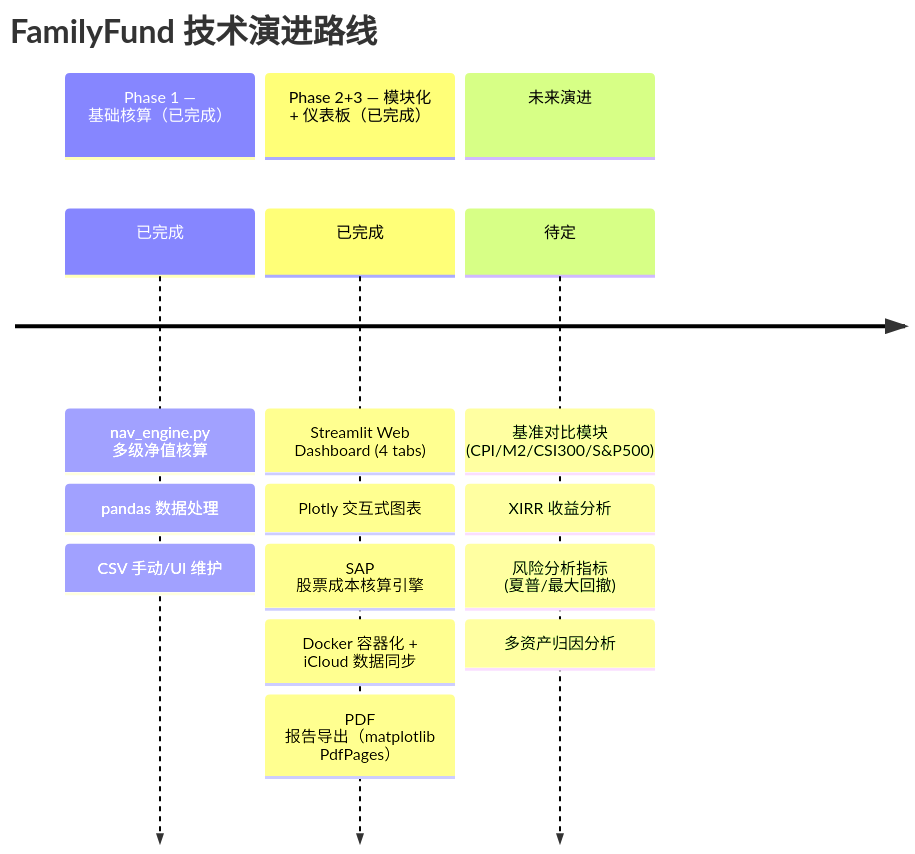
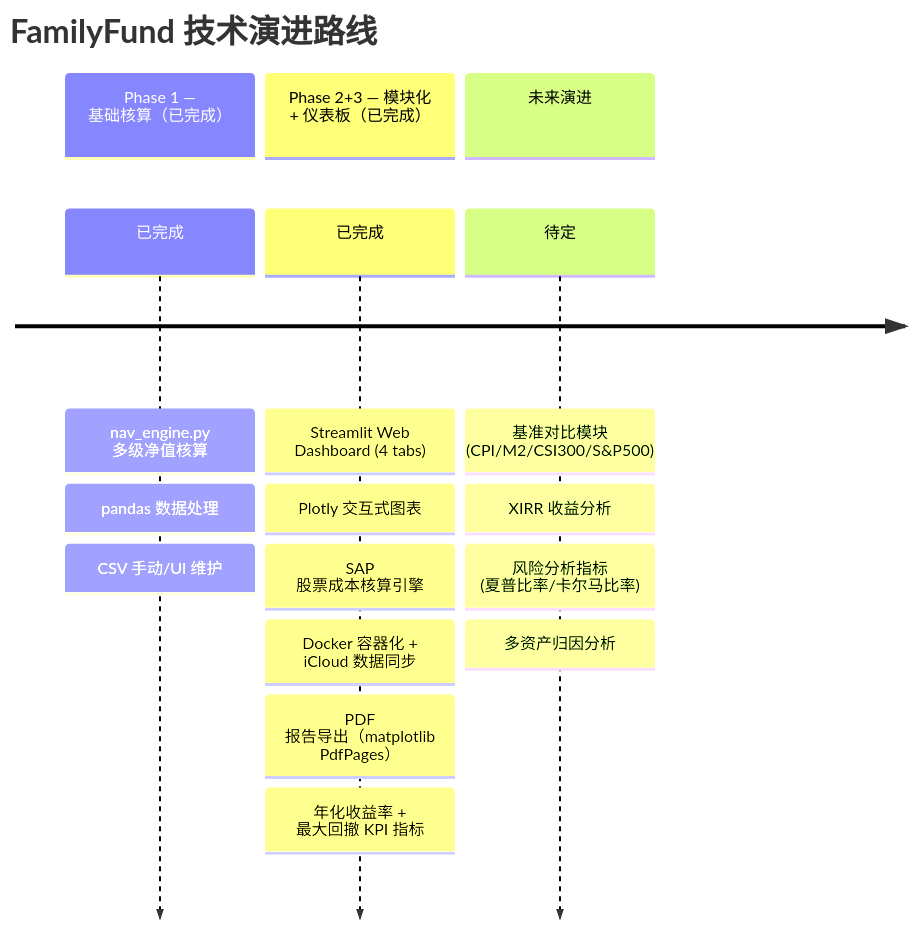
Before and after one commit to Haolun123/FamilyFund: diagram 16 of 16 in ARCHITECTURE_shared.md, drawn with Mermaid. The commit also changed other lines of this file and 4 other files, not shown here.

````diff
--- a/ARCHITECTURE_shared.md
+++ b/ARCHITECTURE_shared.md
@@ -956,19 +956,20 @@
 ```mermaid
 timeline
     title FamilyFund 技术演进路线
     section Phase 1 — 基础核算（已完成）
         已完成 : nav_engine.py 多级净值核算
              : pandas 数据处理
              : CSV 手动/UI 维护
     section Phase 2+3 — 模块化 + 仪表板（已完成）
         已完成 : Streamlit Web Dashboard (4 tabs)
              : Plotly 交互式图表
              : SAP 股票成本核算引擎
              : Docker 容器化 + iCloud 数据同步
              : PDF 报告导出（matplotlib PdfPages）
+             : 年化收益率 + 最大回撤 KPI 指标
     section 未来演进
         待定 : 基准对比模块 (CPI/M2/CSI300/S&P500)
              : XIRR 收益分析
-             : 风险分析指标 (夏普/最大回撤)
+             : 风险分析指标 (夏普比率/卡尔马比率)
              : 多资产归因分析
 ```
````
